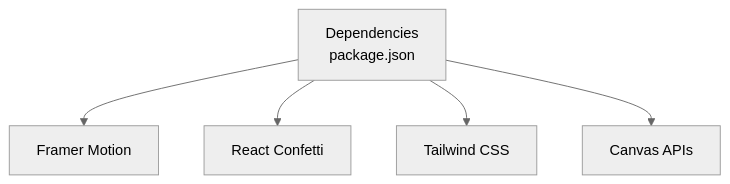
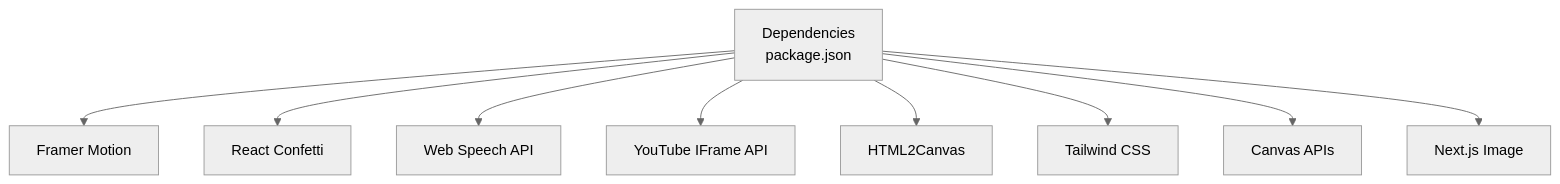
The ninth of 9 diagrams in .qoder/repowiki/en/content/Birthday Experience Components.md (alifsurya2710/Selamat-Ulang-Tahun), drawn with Mermaid (neutral theme) before and after one commit. The commit also changed other lines of this file and 31 other files, not shown here.

````diff
--- a/.qoder/repowiki/en/content/Birthday Experience Components.md
+++ b/.qoder/repowiki/en/content/Birthday Experience Components.md
@@ -429,12 +602,20 @@
 ```mermaid
 graph TB
 DEPS["Dependencies<br/>package.json"]
 FM["Framer Motion"]
 RC["React Confetti"]
+WS["Web Speech API"]
+YT["YouTube IFrame API"]
+H2C["HTML2Canvas"]
 TW["Tailwind CSS"]
 CANVAS["Canvas APIs"]
+NEXTIMG["Next.js Image"]
 DEPS --> FM
 DEPS --> RC
+DEPS --> WS
+DEPS --> YT
+DEPS --> H2C
 DEPS --> TW
 DEPS --> CANVAS
+DEPS --> NEXTIMG
 ```
````
